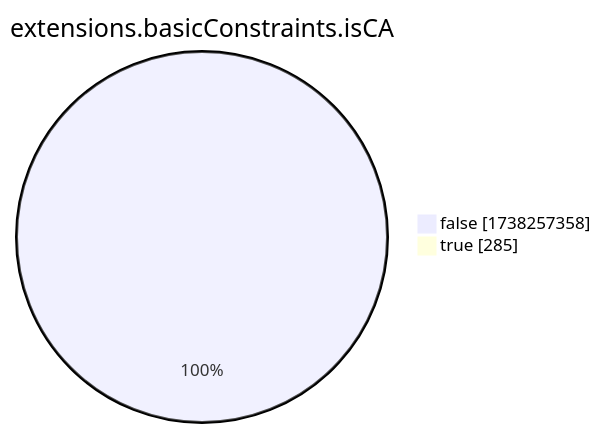
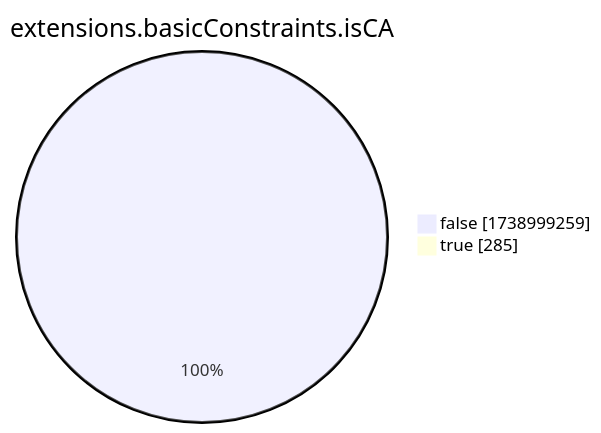
The eighth of 15 diagrams in xenon2022/README.md (christiankrug/ctmonitor_visualization), drawn with Mermaid before and after one commit. The commit also changed other lines of this file, not shown here.

````diff
--- a/xenon2022/README.md
+++ b/xenon2022/README.md
@@ -2867,6 +2867,6 @@
 ```mermaid
 pie showData
 title extensions.basicConstraints.isCA
-"false" :1738257358
+"false" :1738999259
 "true" :285
 ```
````
